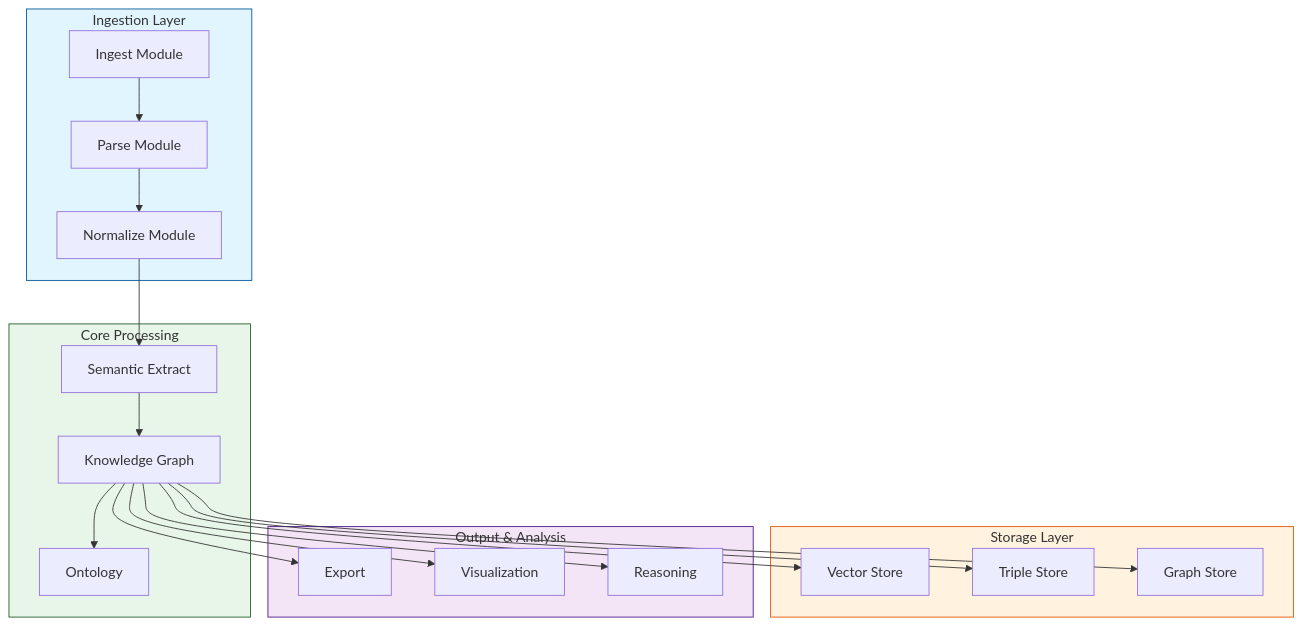
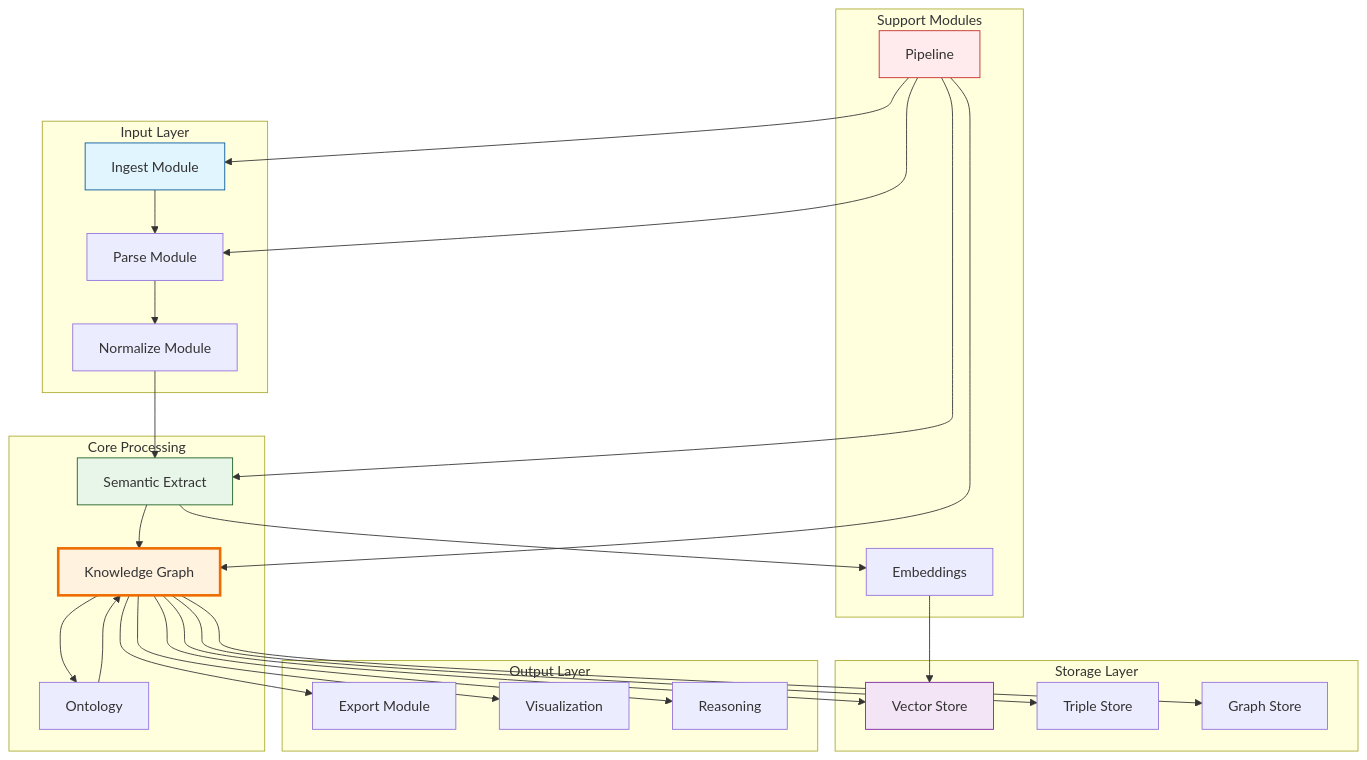
The first of 2 diagrams in docs/modules.md (saxenam06/semantica), drawn with Mermaid before and after one commit. The commit also changed other lines of this file and 4 other files, not shown here.

````diff
--- a/docs/modules.md
+++ b/docs/modules.md
@@ -9,30 +36,56 @@
 ```mermaid
-graph TD
-    subgraph Ingest [Ingestion Layer]
-        I[Ingest Module] --> P[Parse Module]
-        P --> N[Normalize Module]
-    end
-
-    subgraph Core [Core Processing]
-        N --> SE[Semantic Extract]
-        SE --> KG[Knowledge Graph]
-        KG --> O[Ontology]
-    end
-
-    subgraph Storage [Storage Layer]
-        KG --> VS[Vector Store]
-        KG --> TS[Triple Store]
-        KG --> GS[Graph Store]
-    end
-
-    subgraph Output [Output & Analysis]
-        KG --> E[Export]
-        KG --> V[Visualization]
-        KG --> R[Reasoning]
+graph TB
+    subgraph Input["Input Layer"]
+        Ingest[Ingest Module]
+        Parse[Parse Module]
+        Norm[Normalize Module]
     end
     
+    subgraph Core["Core Processing"]
+        Extract[Semantic Extract]
+        KG[Knowledge Graph]
+        Onto[Ontology]
+    end
+    
+    subgraph Storage["Storage Layer"]
+        VS[Vector Store]
+        TS[Triple Store]
+        GS[Graph Store]
+    end
+    
+    subgraph Output["Output Layer"]
+        Export[Export Module]
+        Viz[Visualization]
+        Reason[Reasoning]
+    end
+    
+    subgraph Support["Support Modules"]
+        Embed[Embeddings]
+        Pipeline[Pipeline]
+    end
+    
+    Ingest --> Parse
+    Parse --> Norm
+    Norm --> Extract
+    Extract --> KG
+    KG --> Onto
+    KG --> VS
+    KG --> TS
+    KG --> GS
+    Extract --> Embed
+    Embed --> VS
+    KG --> Export
+    KG --> Viz
+    KG --> Reason
+    Onto --> KG
+    Pipeline --> Ingest
+    Pipeline --> Parse
+    Pipeline --> Extract
+    Pipeline --> KG
+    
     style Ingest fill:#e1f5fe,stroke:#01579b
-    style Core fill:#e8f5e9,stroke:#1b5e20
-    style Storage fill:#fff3e0,stroke:#e65100
-    style Output fill:#f3e5f5,stroke:#4a148c
+    style Extract fill:#e8f5e9,stroke:#1b5e20
+    style KG fill:#fff3e0,stroke:#ef6c00,stroke-width:3px
+    style VS fill:#f3e5f5,stroke:#7b1fa2
+    style Pipeline fill:#ffebee,stroke:#c62828
 ```
````
